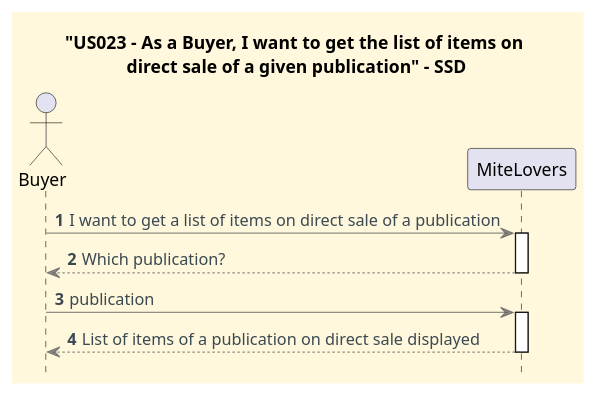
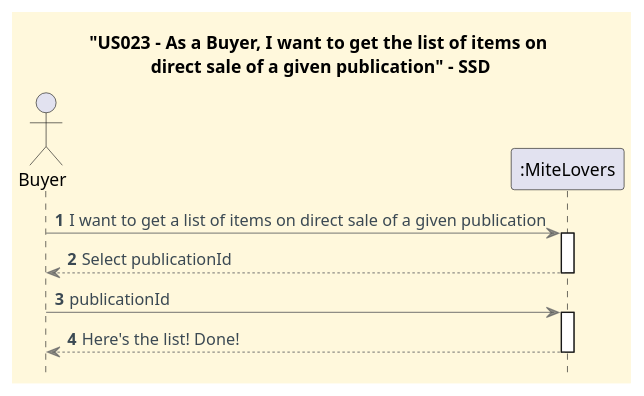
The diagram in docs/user-stories/US023/US023_get_list_items_directSale_given_publication_SSD.puml (CarolinaLeite-collab/JavaMarketplacePlatform), drawn with PlantUML before and after one commit. The commit also changed 2 other files, not shown here.

Commit message:
docs: updates SSD, SD and CD concerning GetDirectSaleItemsByPublicationsController according to DDD, refs #571

```diff
--- a/docs/user-stories/US023/US023_get_list_items_directSale_given_publication_SSD.puml
+++ b/docs/user-stories/US023/US023_get_list_items_directSale_given_publication_SSD.puml
@@ -1,35 +1,35 @@
 @startuml
 title "US023 - As a Buyer, I want to get the list of items on \ndirect sale of a given publication" - SSD
 hidefootbox
 
 '==== basic style ====
 skinparam monochrome false
 skinparam shadowing false
 skinparam defaultFontName Futura
 skinparam objectFontSize 20
 skinparam backgroundColor CornSilk
 skinparam objectBackgroundColor WhiteSmoke
 skinparam noteBackgroundColor #FFFFE0
 skinparam ArrowFontColor #3B4953
 skinparam ArrowColor #57595BAA
 skinparam ActivationBackgroundColor WhiteSmoke
 
 
 autonumber
 autoactivate off
 
 ' --- Actor and participants ---
 actor Buyer
-participant "MiteLovers" as System
+participant ":MiteLovers" as System
 
 ' --- System dialog ---
-Buyer -> System: I want to get a list of items on direct sale of a publication
+Buyer -> System: I want to get a list of items on direct sale of a given publication
 activate "System"
-System --> Buyer: Which publication?
+System --> Buyer: Select publicationId
 deactivate "System"
 
-Buyer -> System: publication
+Buyer -> System: publicationId
 activate "System"
-System --> Buyer: List of items of a publication on direct sale displayed
+System --> Buyer: Here's the list! Done!
 deactivate "System"
 @enduml
```
